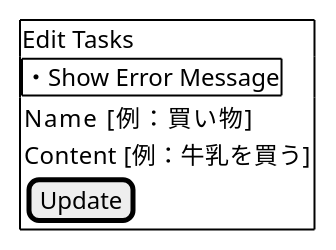
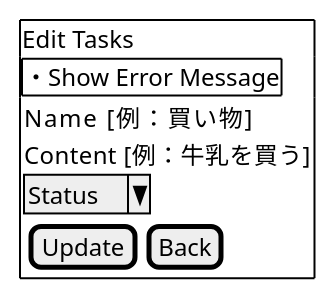
The diagram in docs/dev/todo/UI_todo_edit.puml (k2works/etude_for_rails), drawn with PlantUML before and after one commit. The commit also changed 12 other files, not shown here.

```diff
--- a/docs/dev/todo/UI_todo_edit.puml
+++ b/docs/dev/todo/UI_todo_edit.puml
@@ -1,15 +1,18 @@
 @startuml
 salt
 {+
   Edit Tasks
   {#
    ・Show Error Message
   }
 
   {
   Name    [例：買い物]
   Content  [例：牛乳を買う]
-  [Update]
+  ^Status^
+  {
+  [Update]|[Back]
+  }
   }
 }
 @enduml
```
